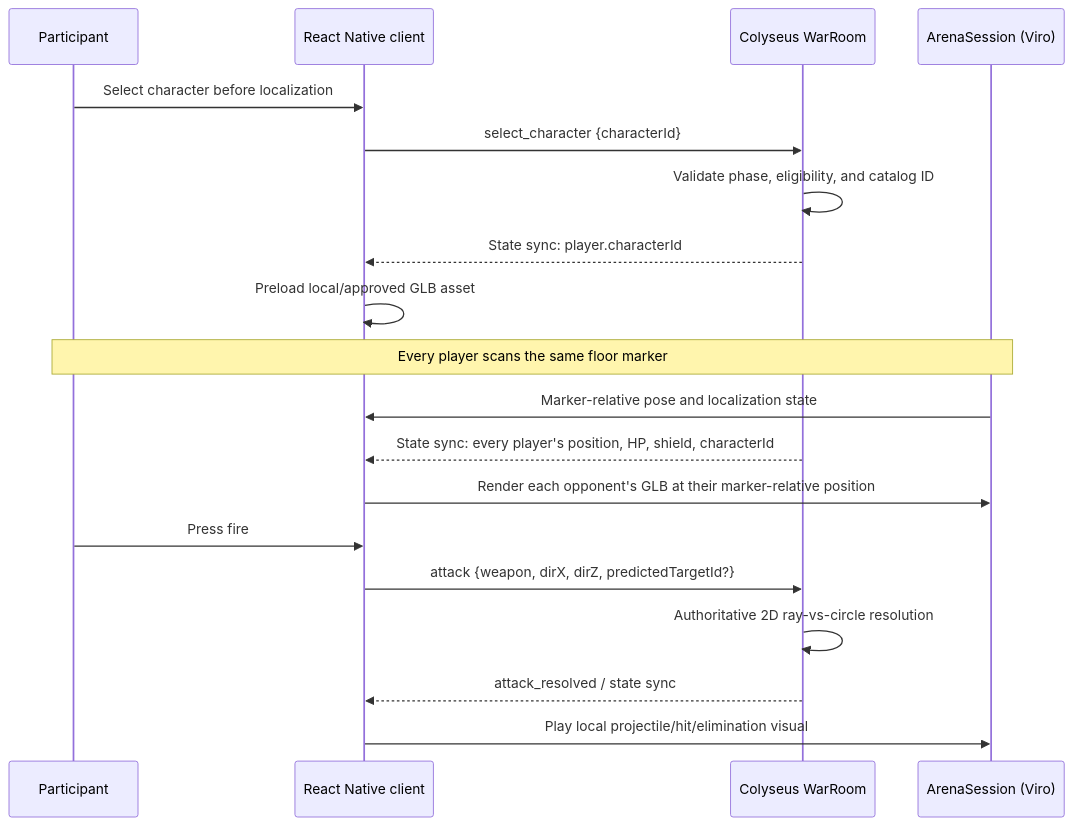
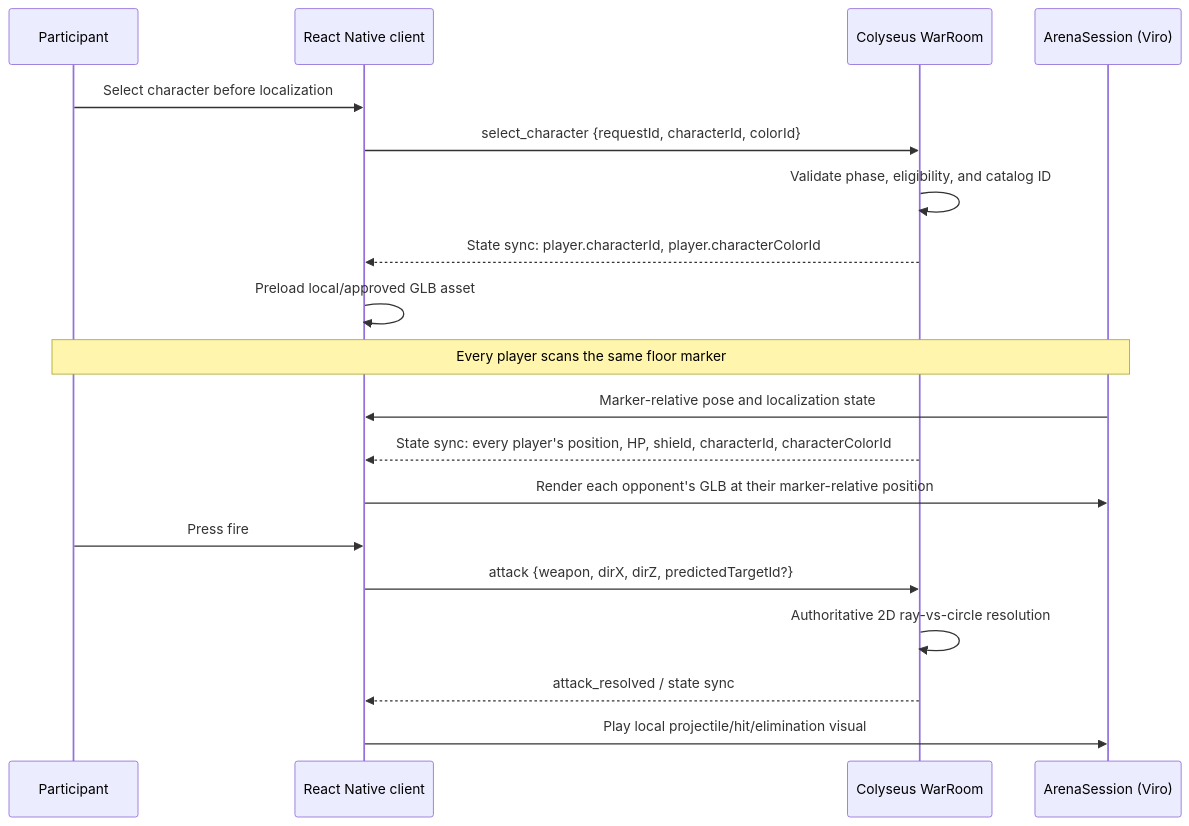
One commit to Vaibtan/CodexWars changed the diagram in docs/AR_IMPLEMENTATION_SPEC.md. Above: the diagram before and after it, drawn with Mermaid. The commit also changed other lines of this file and 41 other files, not shown here.

Commit message:
feat: add character flow and realtime API plan

````diff
--- a/docs/AR_IMPLEMENTATION_SPEC.md
+++ b/docs/AR_IMPLEMENTATION_SPEC.md
@@ -44,22 +44,22 @@
 ```mermaid
 sequenceDiagram
     participant P as Participant
     participant C as React Native client
     participant S as Colyseus WarRoom
     participant AR as ArenaSession (Viro)
 
     P->>C: Select character before localization
-    C->>S: select_character {characterId}
+    C->>S: select_character {requestId, characterId, colorId}
     S->>S: Validate phase, eligibility, and catalog ID
-    S-->>C: State sync: player.characterId
+    S-->>C: State sync: player.characterId, player.characterColorId
     C->>C: Preload local/approved GLB asset
     Note over P,AR: Every player scans the same floor marker
     AR->>C: Marker-relative pose and localization state
-    S-->>C: State sync: every player's position, HP, shield, characterId
+    S-->>C: State sync: every player's position, HP, shield, characterId, characterColorId
     C->>AR: Render each opponent's GLB at their marker-relative position
     P->>C: Press fire
     C->>S: attack {weapon, dirX, dirZ, predictedTargetId?}
     S->>S: Authoritative 2D ray-vs-circle resolution
     S-->>C: attack_resolved / state sync
     C->>AR: Play local projectile/hit/elimination visual
 ```
````
